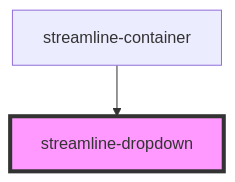
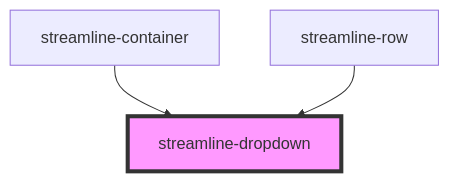
One commit to dnnsjsk/streamline changed the diagram in stencil-v2/src/components/dropdown/readme.md. Above: the diagram before and after it, drawn with Mermaid. The commit also changed other lines of this file and 81 other files, not shown here.

````diff
--- a/stencil-v2/src/components/dropdown/readme.md
+++ b/stencil-v2/src/components/dropdown/readme.md
@@ -23,5 +24,6 @@
 ```mermaid
 graph TD;
   streamline-container --> streamline-dropdown
+  streamline-row --> streamline-dropdown
   style streamline-dropdown fill:#f9f,stroke:#333,stroke-width:4px
 ```
````
